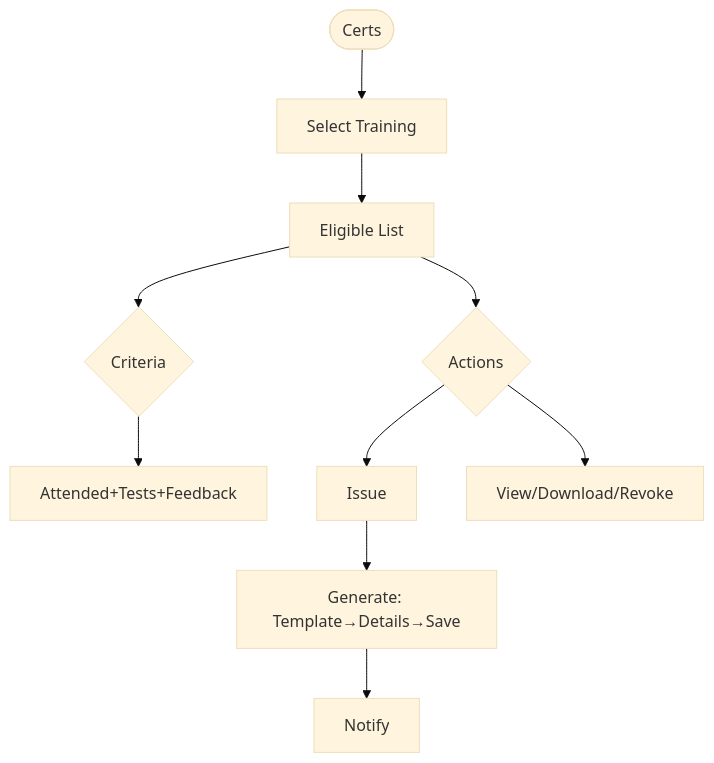
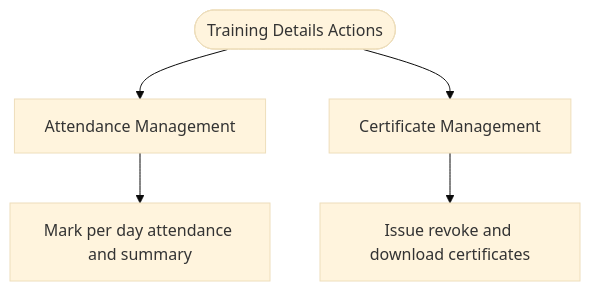
The eighth of 27 diagrams in TRAINING_CALENDAR_FLOW_DIAGRAMS.md (gunjangupta-gh/placeintern), drawn with Mermaid (base theme) before and after one commit. The commit also changed other lines of this file and 1 other file, not shown here.

Commit message:
feat: add timezone handling for attendance date resolution in TrainingAttendanceService

````diff
--- a/TRAINING_CALENDAR_FLOW_DIAGRAMS.md
+++ b/TRAINING_CALENDAR_FLOW_DIAGRAMS.md
@@ -175,9 +139,7 @@
 ```mermaid
 flowchart TD
-    A([Certs])-->B[Select Training]-->C[Eligible List]
-    C-->D{Criteria}
-    D-->E[Attended+Tests+Feedback]
-    C-->F{Actions}
-    F-->G[Issue]-->H[Generate: Template→Details→Save]-->I[Notify]
-    F-->J[View/Download/Revoke]
+    A([Training Details Actions]) --> B[Attendance Management]
+    A --> C[Certificate Management]
+    B --> D[Mark per day attendance and summary]
+    C --> E[Issue revoke and download certificates]
 ```
````
